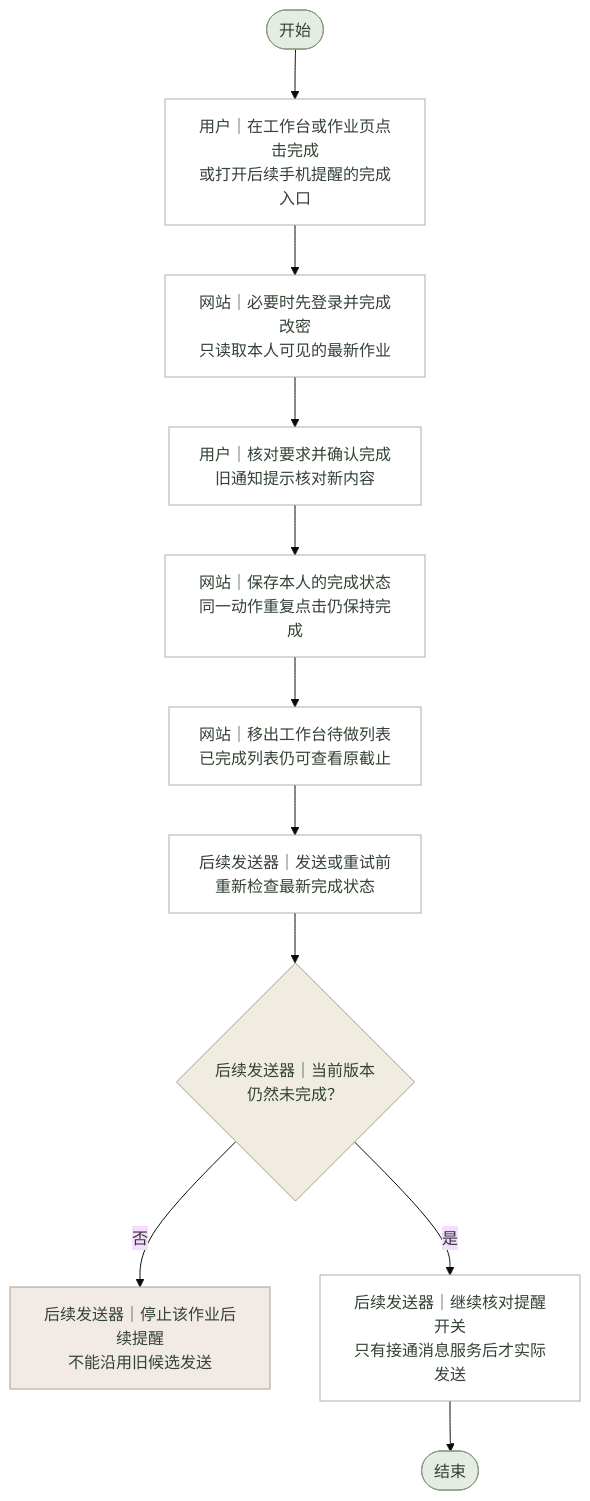
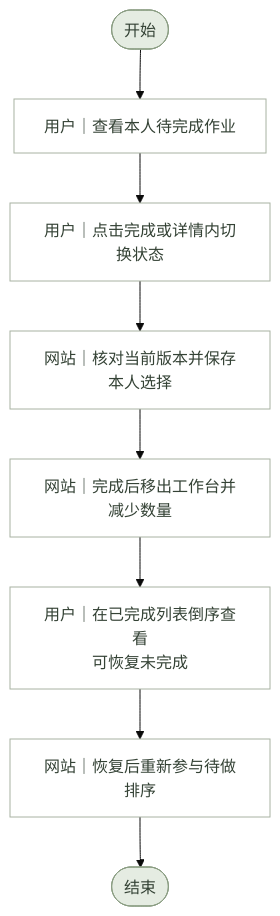
The diagram in 需求文档/作业功能/流程图源文件/业务流程图/作业完成与提醒停止.mmd (lichen-lc123/class-assistant), drawn with Mermaid (base theme) before and after one commit. The commit also changed 157 other files, not shown here.

```diff
--- a/需求文档/作业功能/流程图源文件/业务流程图/作业完成与提醒停止.mmd
+++ b/需求文档/作业功能/流程图源文件/业务流程图/作业完成与提醒停止.mmd
@@ -1,39 +1,30 @@
-%% 作业完成与提醒停止 · 业务流程图 · V1.0 · 2026-11-06
+%% 作业完成与提醒停止 · 业务流程图 · 当前版 · 2026-11-09
 flowchart TD
     N0(["开始"])
-    N1["用户｜在工作台或作业页点击完成<br/>或打开后续手机提醒的完成入口"]
-    N2["网站｜必要时先登录并完成改密<br/>只读取本人可见的最新作业"]
-    N3["用户｜核对要求并确认完成<br/>旧通知提示核对新内容"]
-    N4["网站｜保存本人的完成状态<br/>同一动作重复点击仍保持完成"]
-    N5["网站｜移出工作台待做列表<br/>已完成列表仍可查看原截止"]
-    N6["后续发送器｜发送或重试前<br/>重新检查最新完成状态"]
-    N7{"后续发送器｜当前版本<br/>仍然未完成？"}
-    B7["后续发送器｜停止该作业后续提醒<br/>不能沿用旧候选发送"]
-    N8["后续发送器｜继续核对提醒开关<br/>只有接通消息服务后才实际发送"]
-    N9(["结束"])
+    N1["用户｜查看本人待完成作业"]
+    N2["用户｜点击完成或详情内切换状态"]
+    N3["网站｜核对当前版本并保存本人选择"]
+    N4["网站｜完成后移出工作台并减少数量"]
+    N5["用户｜在已完成列表倒序查看<br/>可恢复未完成"]
+    N6["网站｜恢复后重新参与待做排序"]
+    N7(["结束"])
     N0 --> N1
     N1 --> N2
     N2 --> N3
     N3 --> N4
     N4 --> N5
     N5 --> N6
     N6 --> N7
-    N7 -->|否| B7
-    N7 -->|是| N8
-    N8 --> N9
     classDef normal fill:#FFFFFF,stroke:#A8B2A2,color:#344235;
     classDef decision fill:#F0ECE2,stroke:#A69B83,color:#344235;
     classDef terminal fill:#E5ECE2,stroke:#8A9D82,color:#344235;
     classDef exception fill:#F2EAE6,stroke:#B09B91,color:#344235;
     classDef database fill:#E7EDF0,stroke:#8A9CA6,color:#344235;
     class N0 terminal;
     class N1 normal;
     class N2 normal;
     class N3 normal;
     class N4 normal;
     class N5 normal;
     class N6 normal;
-    class N7 decision;
-    class B7 exception;
-    class N8 normal;
-    class N9 terminal;
+    class N7 terminal;
```
